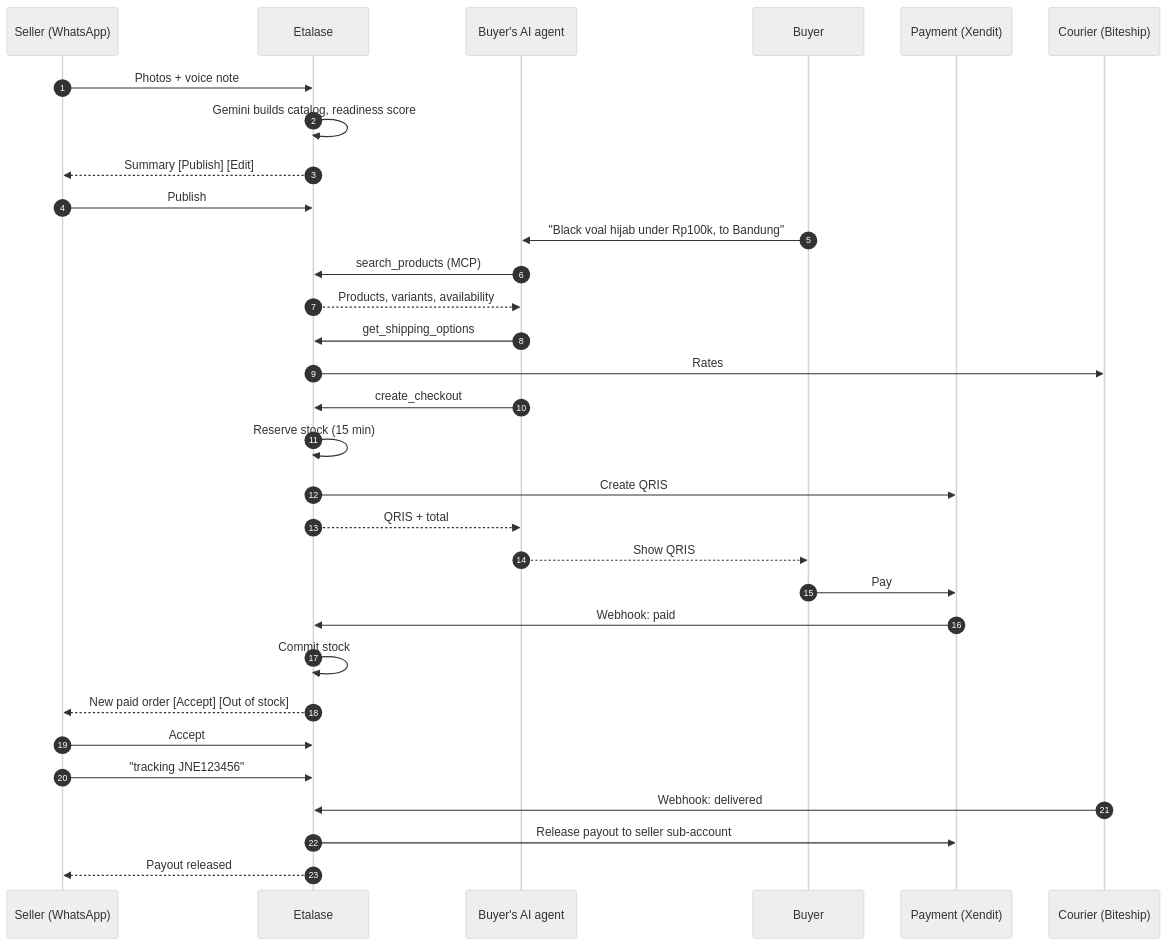
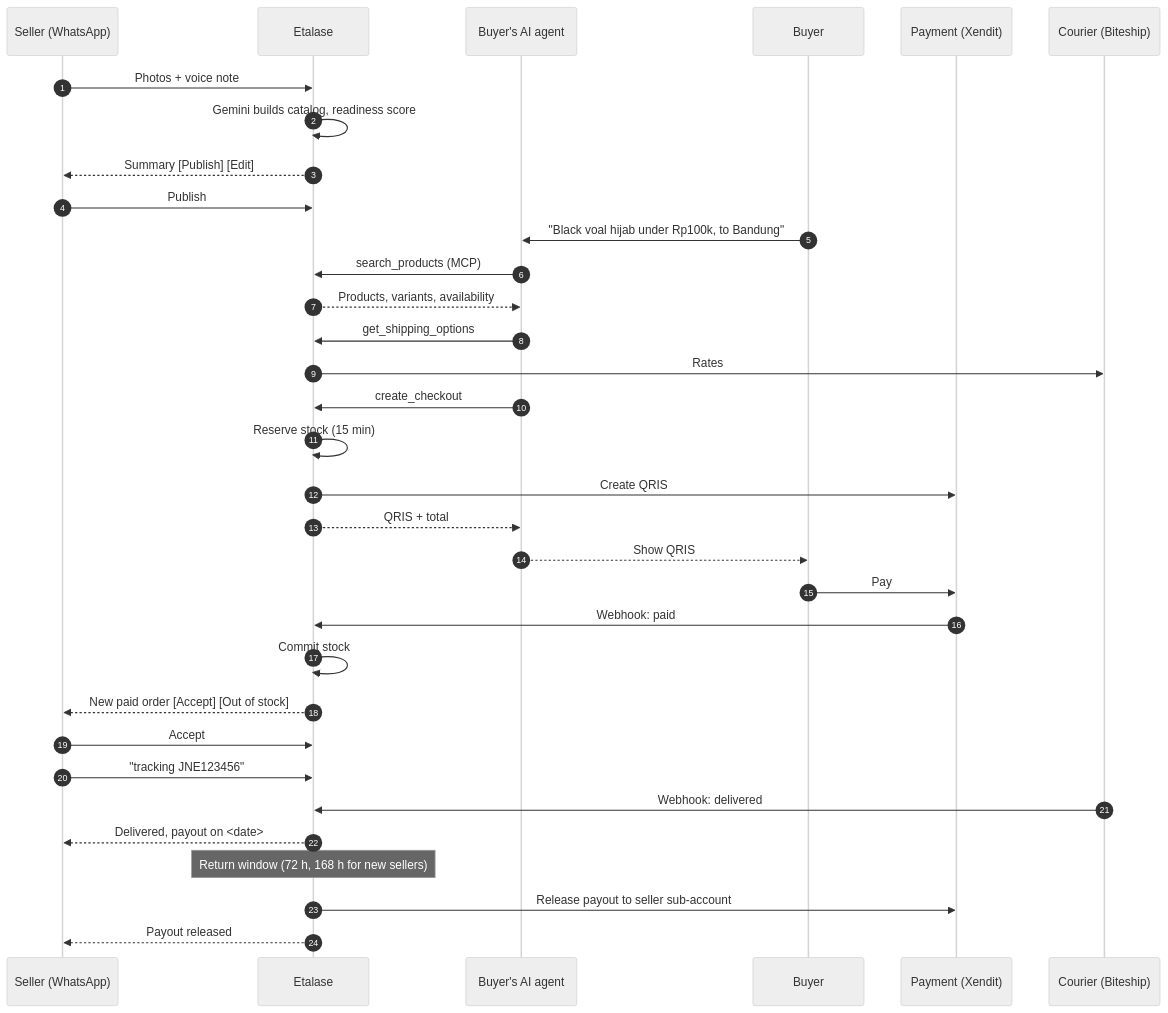
Before and after one commit to galihsatriawan/etalase: the second of 3 diagrams in docs/03-architecture.md, drawn with Mermaid (neutral theme). The commit also changed other lines of this file and 106 other files, not shown here.

````diff
--- a/docs/03-architecture.md
+++ b/docs/03-architecture.md
@@ -80,34 +86,36 @@
 ```mermaid
 sequenceDiagram
   autonumber
   participant S as Seller (WhatsApp)
   participant E as Etalase
   participant A as Buyer's AI agent
   participant B as Buyer
   participant P as Payment (Xendit)
   participant C as Courier (Biteship)
 
   S->>E: Photos + voice note
   E->>E: Gemini builds catalog, readiness score
   E-->>S: Summary [Publish] [Edit]
   S->>E: Publish
   B->>A: "Black voal hijab under Rp100k, to Bandung"
   A->>E: search_products (MCP)
   E-->>A: Products, variants, availability
   A->>E: get_shipping_options
   E->>C: Rates
   A->>E: create_checkout
   E->>E: Reserve stock (15 min)
   E->>P: Create QRIS
   E-->>A: QRIS + total
   A-->>B: Show QRIS
   B->>P: Pay
   P->>E: Webhook: paid
   E->>E: Commit stock
   E-->>S: New paid order [Accept] [Out of stock]
   S->>E: Accept
   S->>E: "tracking JNE123456"
   C->>E: Webhook: delivered
+  E-->>S: Delivered, payout on <date>
+  Note over E: Return window (72 h, 168 h for new sellers)
   E->>P: Release payout to seller sub-account
   E-->>S: Payout released
 ```
````
